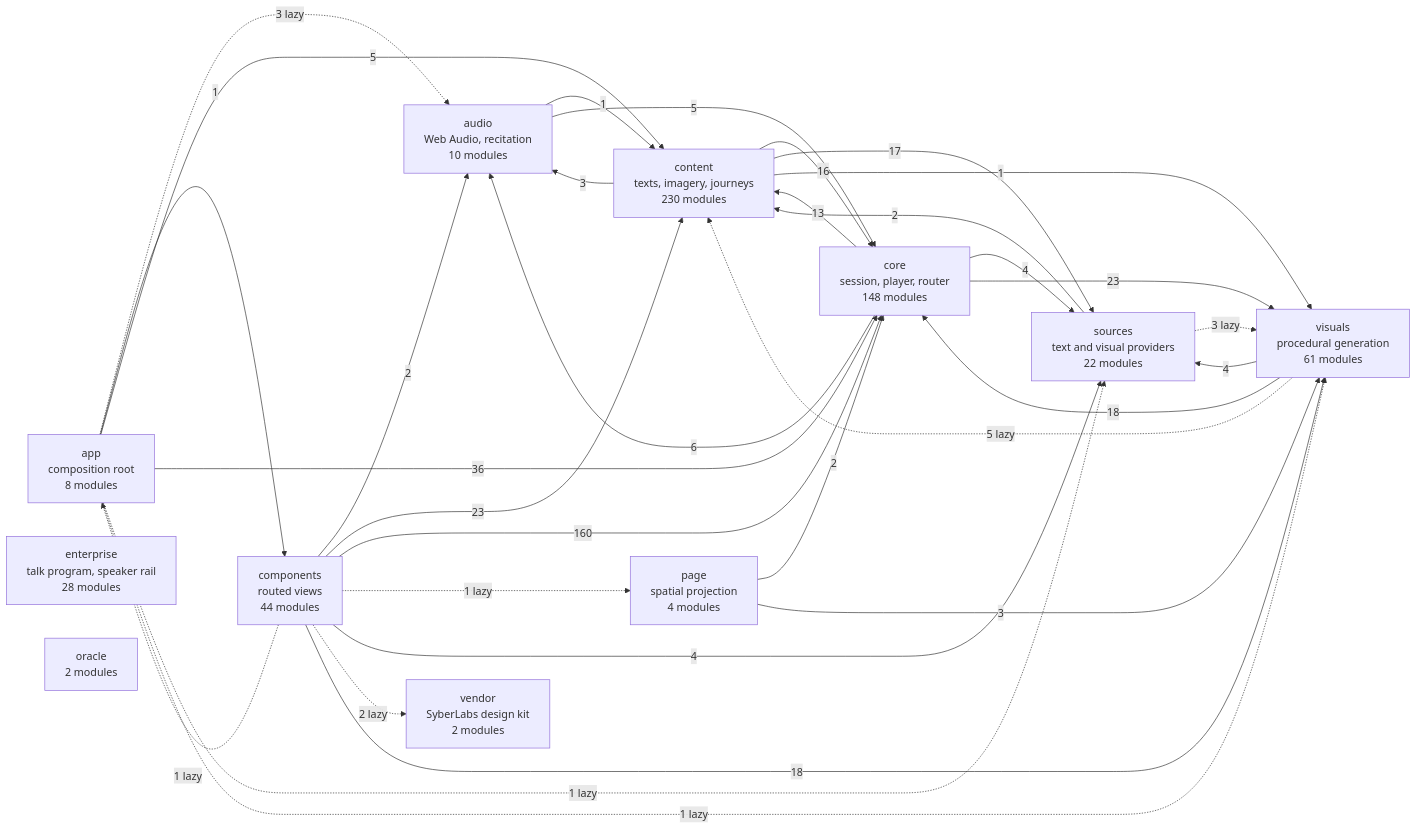
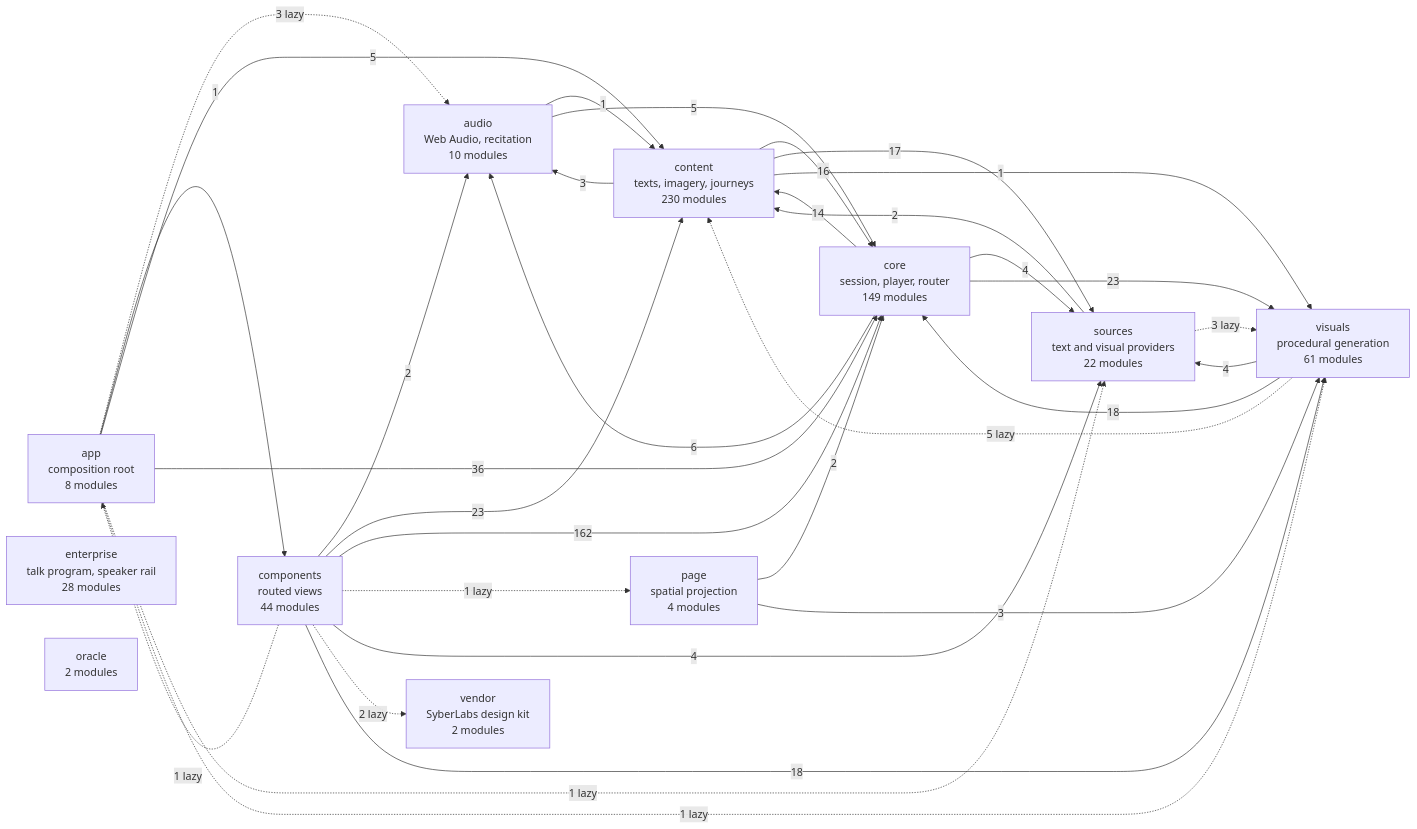
The diagram in docs/specs/ARCHITECTURE.md (SyberLabs/RISE), drawn with Mermaid before and after one commit. The commit also changed 8 other files, not shown here.

First line of the commit message:
Let authored Archive sequences travel between browsers (#290)

````diff
--- a/docs/specs/ARCHITECTURE.md
+++ b/docs/specs/ARCHITECTURE.md
@@ -160,46 +160,46 @@
 ```mermaid
 flowchart LR
     app["app<br/>composition root<br/>8 modules"]
     audio["audio<br/>Web Audio, recitation<br/>10 modules"]
     components["components<br/>routed views<br/>44 modules"]
     content["content<br/>texts, imagery, journeys<br/>230 modules"]
-    core["core<br/>session, player, router<br/>148 modules"]
+    core["core<br/>session, player, router<br/>149 modules"]
     enterprise["enterprise<br/>talk program, speaker rail<br/>28 modules"]
     oracle["oracle<br/>2 modules"]
     page["page<br/>spatial projection<br/>4 modules"]
     sources["sources<br/>text and visual providers<br/>22 modules"]
     vendor["vendor<br/>SyberLabs design kit<br/>2 modules"]
     visuals["visuals<br/>procedural generation<br/>61 modules"]
 
     app -.-> |3 lazy| audio
     app --> |1| components
     app --> |5| content
     app --> |36| core
     app -.-> |1 lazy| sources
     app -.-> |1 lazy| visuals
     audio --> |1| content
     audio --> |5| core
     components -.-> |1 lazy| app
     components --> |2| audio
     components --> |23| content
-    components --> |160| core
+    components --> |162| core
     components -.-> |1 lazy| page
     components --> |4| sources
     components -.-> |2 lazy| vendor
     components --> |18| visuals
     content --> |3| audio
     content --> |16| core
     content --> |17| sources
     content --> |1| visuals
     core --> |6| audio
-    core --> |13| content
+    core --> |14| content
     core --> |4| sources
     core --> |23| visuals
     page --> |2| core
     page --> |3| visuals
     sources --> |2| content
     sources -.-> |3 lazy| visuals
     visuals -.-> |5 lazy| content
     visuals --> |18| core
     visuals --> |4| sources
 ```
````
